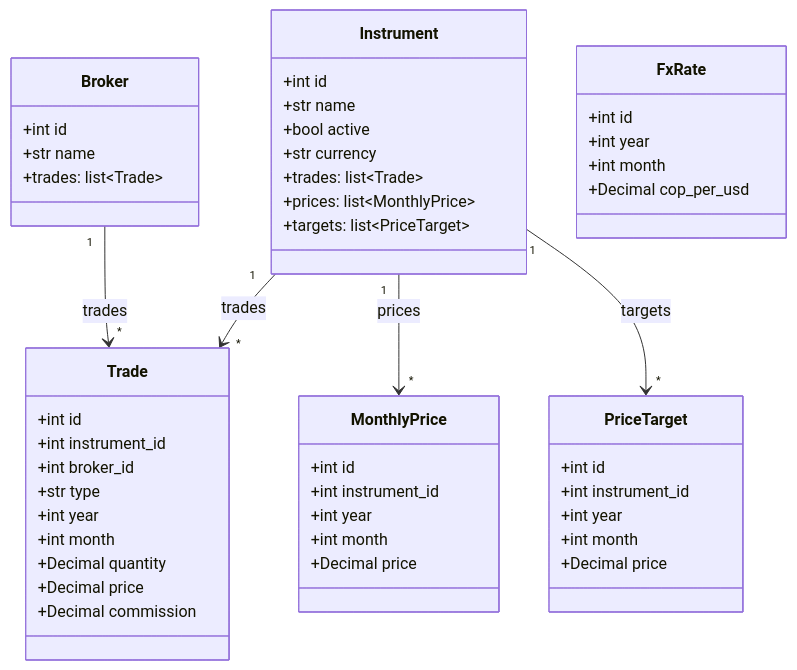
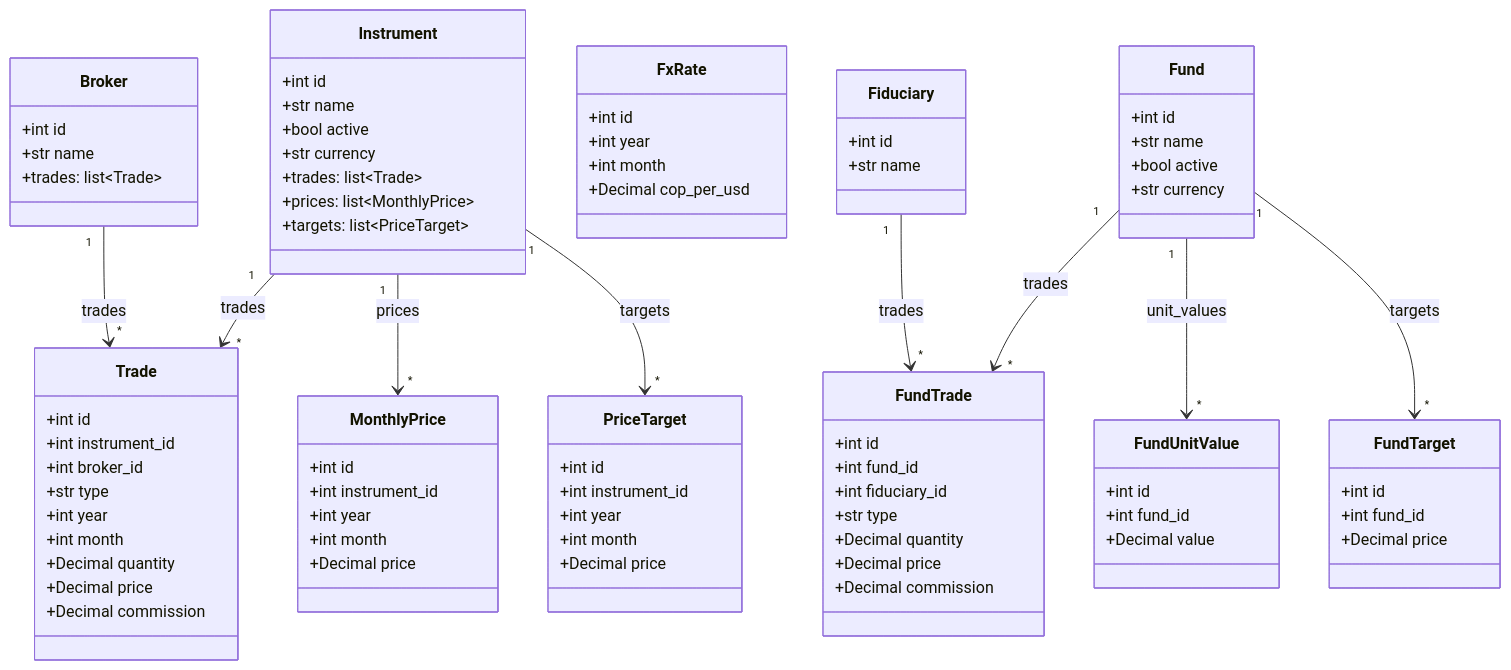
The third of 3 diagrams in README.es.md (sebasvalencia/stocks), drawn with Mermaid before and after one commit. The commit also changed other lines of this file and 37 other files, not shown here.

````diff
--- a/README.es.md
+++ b/README.es.md
@@ -328,4 +379,38 @@
   Instrument "1" --> "*" Trade : trades
   Instrument "1" --> "*" MonthlyPrice : prices
   Instrument "1" --> "*" PriceTarget : targets
+  class Fiduciary {
+    +int id
+    +str name
+  }
+  class Fund {
+    +int id
+    +str name
+    +bool active
+    +str currency
+  }
+  class FundTrade {
+    +int id
+    +int fund_id
+    +int fiduciary_id
+    +str type
+    +Decimal quantity
+    +Decimal price
+    +Decimal commission
+  }
+  class FundUnitValue {
+    +int id
+    +int fund_id
+    +Decimal value
+  }
+  class FundTarget {
+    +int id
+    +int fund_id
+    +Decimal price
+  }
+
+  Fiduciary "1" --> "*" FundTrade : trades
+  Fund "1" --> "*" FundTrade : trades
+  Fund "1" --> "*" FundUnitValue : unit_values
+  Fund "1" --> "*" FundTarget : targets
 ```
````
